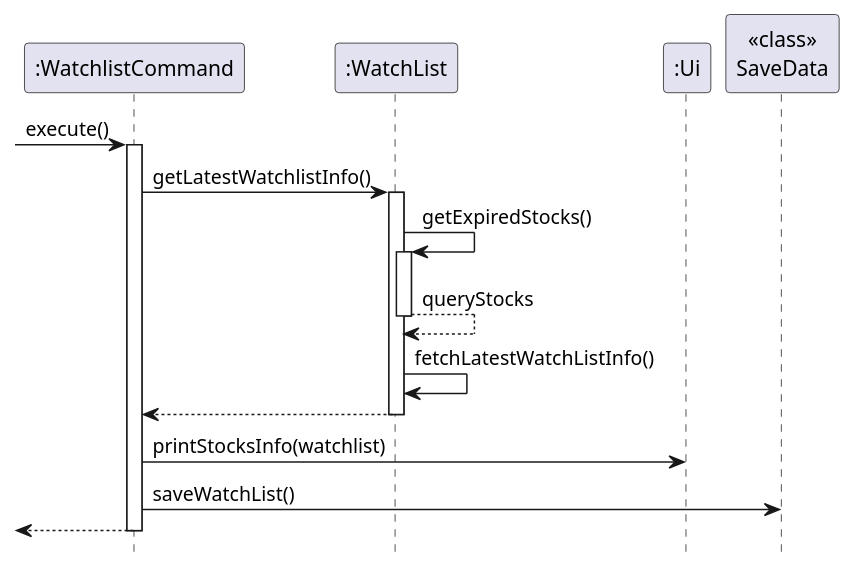
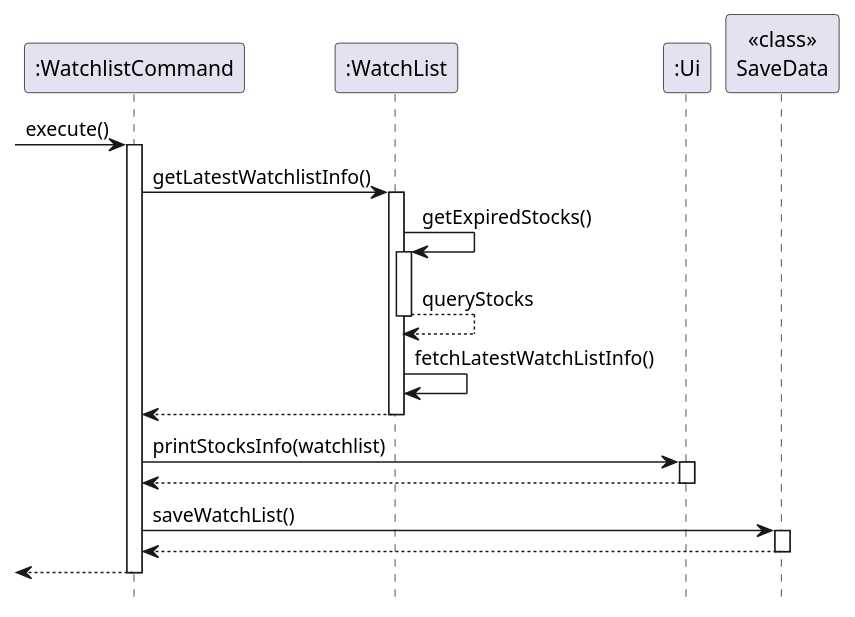
The diagram in docs/diagrams/investments/watchlistSequence.puml (nus-cs2113-AY2324S1/tp), drawn with PlantUML before and after one commit. The commit also changed 5 other files, not shown here.

Commit message:
Update Diagrams

```diff
--- a/docs/diagrams/investments/watchlistSequence.puml
+++ b/docs/diagrams/investments/watchlistSequence.puml
@@ -1,23 +1,27 @@
 @startuml
 
 participant ":WatchlistCommand" as WatchListCommand
 participant ":WatchList" as WatchList
 participant ":Ui" as Ui
 participant "<<class>>\nSaveData" as SaveData
 
 -> WatchListCommand: execute()
 activate WatchListCommand
     WatchListCommand -> WatchList: getLatestWatchlistInfo()
     activate WatchList
         WatchList -> WatchList : getExpiredStocks()
         activate WatchList
         return queryStocks
         WatchList -> WatchList : fetchLatestWatchListInfo()
     return
     WatchListCommand -> Ui: printStocksInfo(watchlist)
+    activate Ui
+    return
     WatchListCommand -> SaveData: saveWatchList()
+    activate SaveData
+    return
 
 return
 
 hide footbox
 @enduml
```
